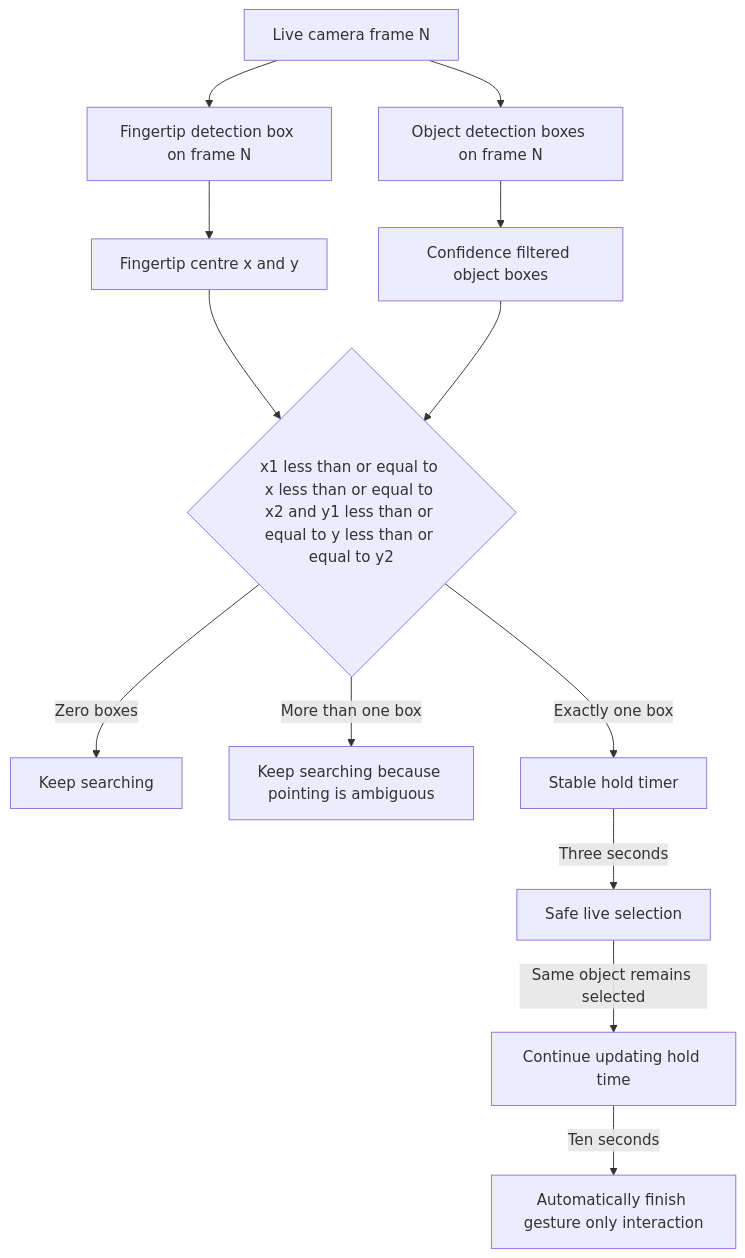
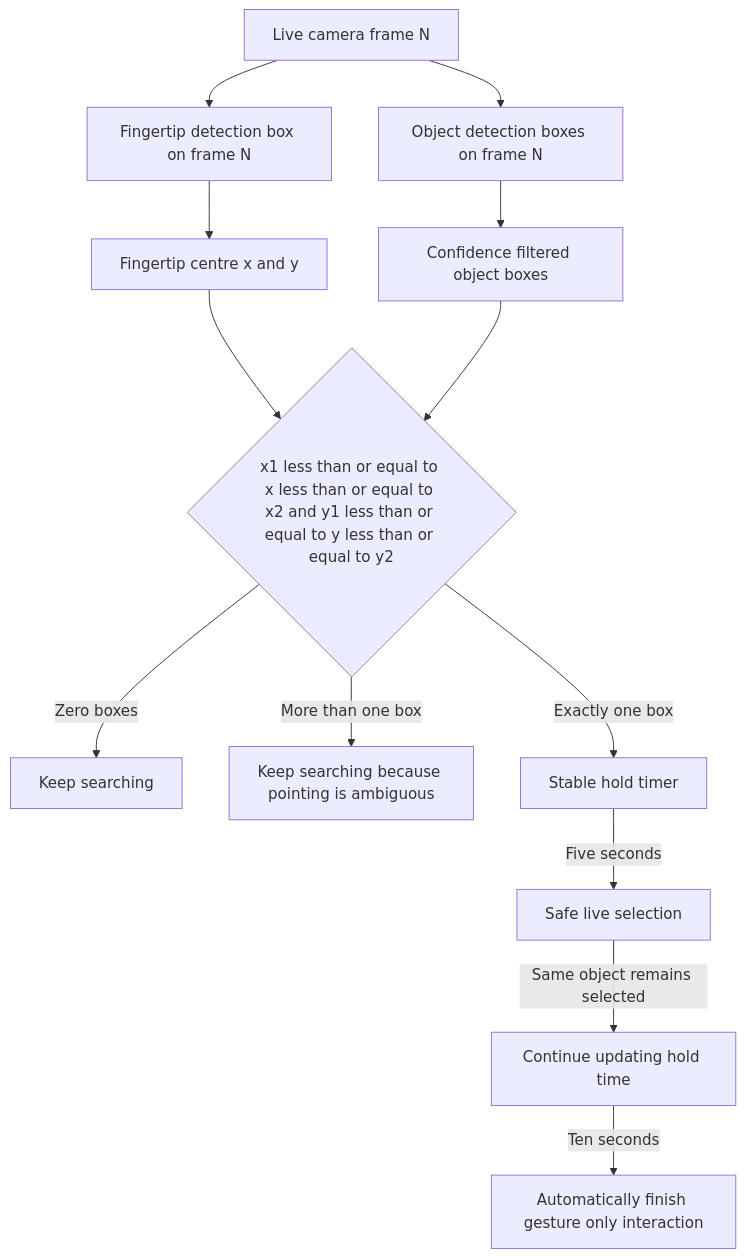
The third of 3 diagrams in UR_Audio_Steuerung_Using_LLM/MULTIMODAL_SPEECH_GESTURE_PIPELINE.md (Gaurang8200/MASTER_THESIS), drawn with Mermaid before and after one commit. The commit also changed other lines of this file and 3 other files, not shown here.

````diff
--- a/UR_Audio_Steuerung_Using_LLM/MULTIMODAL_SPEECH_GESTURE_PIPELINE.md
+++ b/UR_Audio_Steuerung_Using_LLM/MULTIMODAL_SPEECH_GESTURE_PIPELINE.md
@@ -161,15 +161,15 @@
 ```mermaid
 flowchart TD
     A["Live camera frame N"] --> B["Fingertip detection box on frame N"]
     A --> C["Object detection boxes on frame N"]
     B --> D["Fingertip centre x and y"]
     C --> E["Confidence filtered object boxes"]
     D --> F{"x1 less than or equal to x less than or equal to x2 and y1 less than or equal to y less than or equal to y2"}
     E --> F
     F -->|"Zero boxes"| G["Keep searching"]
     F -->|"More than one box"| H["Keep searching because pointing is ambiguous"]
     F -->|"Exactly one box"| I["Stable hold timer"]
-    I -->|"Three seconds"| J["Safe live selection"]
+    I -->|"Five seconds"| J["Safe live selection"]
     J -->|"Same object remains selected"| K["Continue updating hold time"]
     K -->|"Ten seconds"| L["Automatically finish gesture only interaction"]
 ```
````
